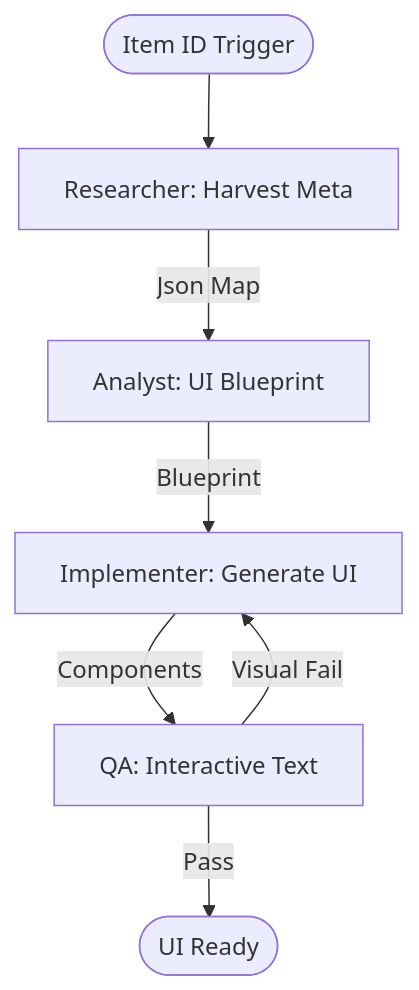
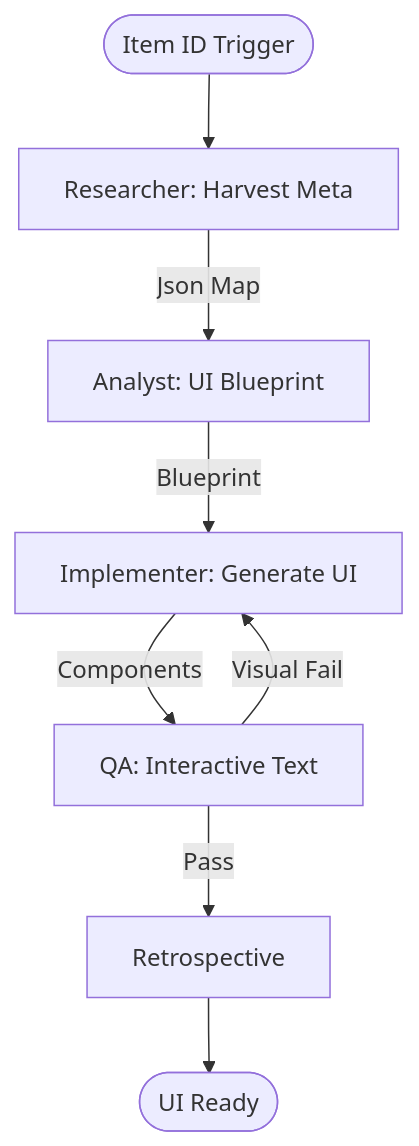
The diagram in custom-agents/workflows/arcgis/MapToUI.workflow.md (seanspiesman/Agents-and-Workflows), drawn with Mermaid before and after one commit. The commit also changed other lines of this file and 38 other files, not shown here.

````diff
--- a/custom-agents/workflows/arcgis/MapToUI.workflow.md
+++ b/custom-agents/workflows/arcgis/MapToUI.workflow.md
@@ -58,9 +66,10 @@
 ```mermaid
 flowchart TD
     Start([Item ID Trigger]) --> P1[Researcher: Harvest Meta]
     P1 -->|Json Map| P2[Analyst: UI Blueprint]
     P2 -->|Blueprint| P3[Implementer: Generate UI]
     P3 -->|Components| P4[QA: Interactive Text]
     P4 -->|Visual Fail| P3
-    P4 -->|Pass| End([UI Ready])
+    P4 -->|Pass| P5[Retrospective]
+    P5 --> End([UI Ready])
 ```
````
